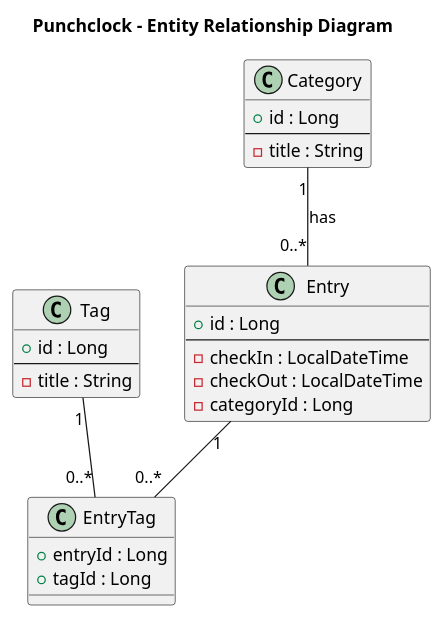
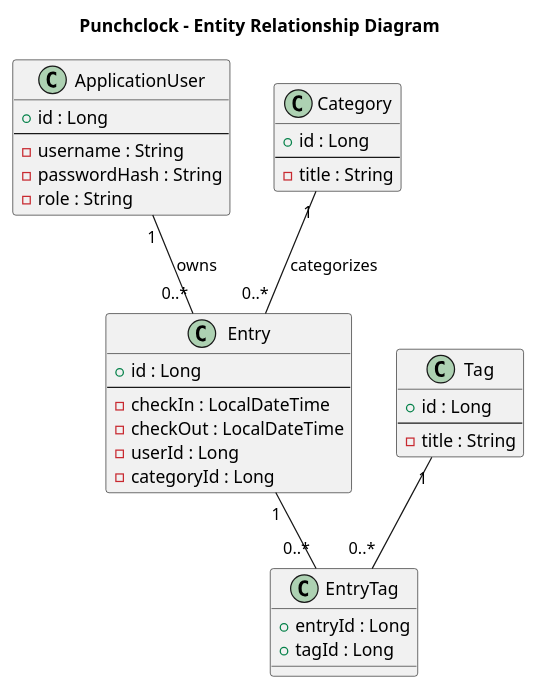
Before and after one commit to Firdaus-H/m223-264871-punchclock-Firdaus-H: the diagram in docs/Erd.puml, drawn with PlantUML. The commit also changed 3 other files, not shown here.

```diff
--- a/docs/Erd.puml
+++ b/docs/Erd.puml
@@ -1,34 +1,44 @@
 @startuml EntityRelationshipDiagram
 
 title Punchclock - Entity Relationship Diagram
+
+class ApplicationUser {
+    + id : Long
+    --
+    - username : String
+    - passwordHash : String
+    - role : String
+}
 
 class Entry {
     + id : Long
     --
     - checkIn : LocalDateTime
     - checkOut : LocalDateTime
+    - userId : Long
     - categoryId : Long
 }
 
 class Category {
     + id : Long
     --
     - title : String
 }
 
 class Tag {
     + id : Long
     --
     - title : String
 }
 
 class EntryTag {
     + entryId : Long
     + tagId : Long
 }
 
-Category "1" -- "0..*" Entry : has
+ApplicationUser "1" -- "0..*" Entry : owns
+Category "1" -- "0..*" Entry : categorizes
 Entry "1" -- "0..*" EntryTag
 Tag "1" -- "0..*" EntryTag
 
 @enduml
```
